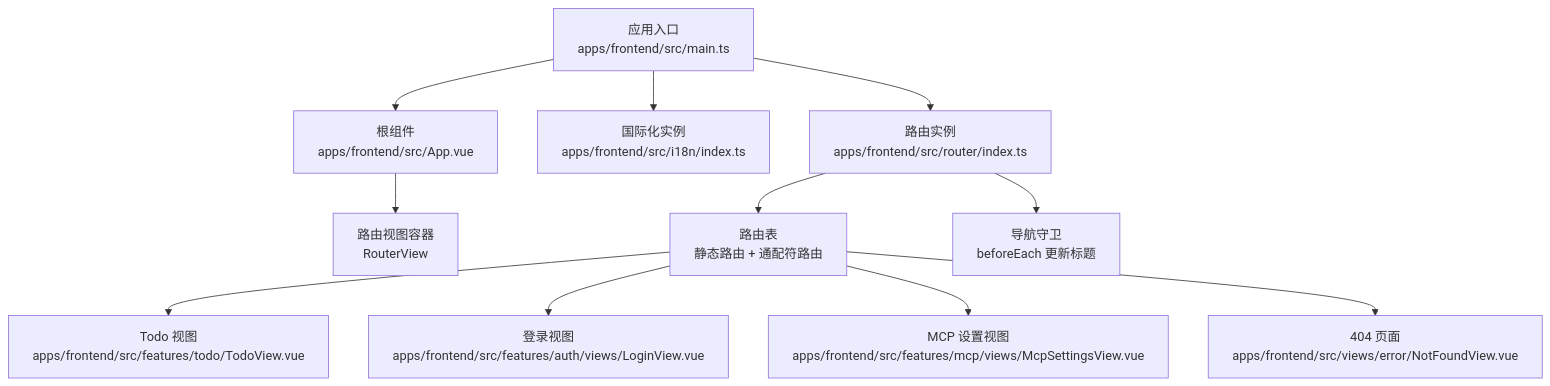
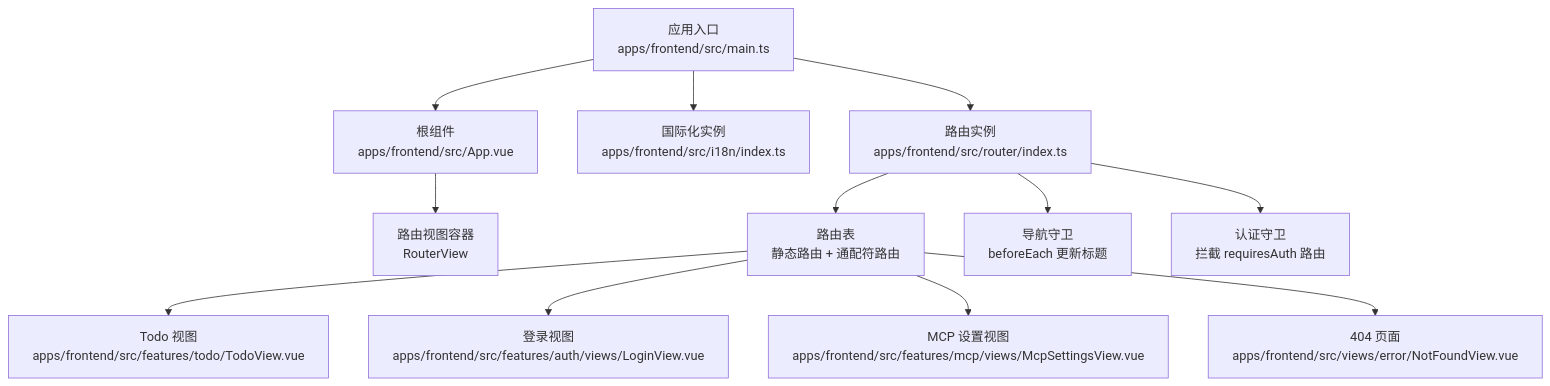
One commit to xixixiaoyu/Todo changed the first of 3 diagrams in .qoder/repowiki/zh/content/前端架构/路由系统.md. Above: the diagram before and after it, drawn with Mermaid. The commit also changed other lines of this file and 5 other files, not shown here.

````diff
--- a/.qoder/repowiki/zh/content/前端架构/路由系统.md
+++ b/.qoder/repowiki/zh/content/前端架构/路由系统.md
@@ -42,13 +51,14 @@
 ```mermaid
 graph TB
 A["应用入口<br/>apps/frontend/src/main.ts"] --> B["路由实例<br/>apps/frontend/src/router/index.ts"]
 A --> C["国际化实例<br/>apps/frontend/src/i18n/index.ts"]
 A --> D["根组件<br/>apps/frontend/src/App.vue"]
 D --> E["路由视图容器<br/>RouterView"]
 B --> F["路由表<br/>静态路由 + 通配符路由"]
 B --> G["导航守卫<br/>beforeEach 更新标题"]
-F --> H["Todo 视图<br/>apps/frontend/src/features/todo/TodoView.vue"]
-F --> I["登录视图<br/>apps/frontend/src/features/auth/views/LoginView.vue"]
-F --> J["MCP 设置视图<br/>apps/frontend/src/features/mcp/views/McpSettingsView.vue"]
-F --> K["404 页面<br/>apps/frontend/src/views/error/NotFoundView.vue"]
+B --> H["认证守卫<br/>拦截 requiresAuth 路由"]
+F --> I["Todo 视图<br/>apps/frontend/src/features/todo/TodoView.vue"]
+F --> J["登录视图<br/>apps/frontend/src/features/auth/views/LoginView.vue"]
+F --> K["MCP 设置视图<br/>apps/frontend/src/features/mcp/views/McpSettingsView.vue"]
+F --> L["404 页面<br/>apps/frontend/src/views/error/NotFoundView.vue"]
 ```
````
